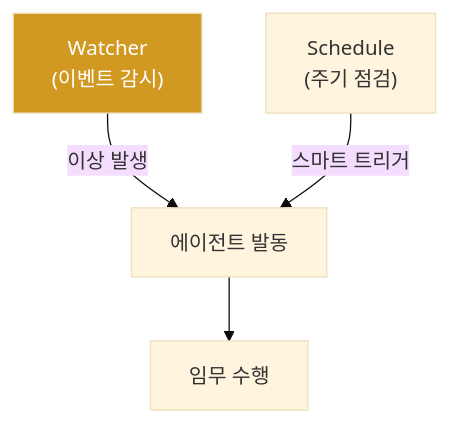
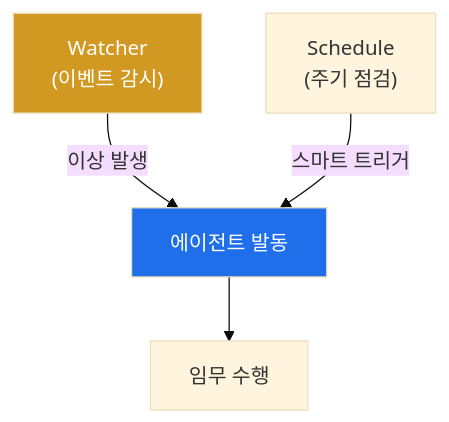
One commit to mrgrit/tw2 changed the diagram in contents/training/autonomous-security/lecture_week10.md. Above: the diagram before and after it, drawn with Mermaid (base theme). The commit also changed other lines of this file, not shown here.

First line of the commit message:
docs(autonomous-security): W10 강의 교재 보강 — Schedule·Watcher(스마트 트리거)

````diff
--- a/contents/training/autonomous-security/lecture_week10.md
+++ b/contents/training/autonomous-security/lecture_week10.md
@@ -55,7 +56,8 @@
 ```mermaid
 graph TD
-    W["Watcher<br/>(이벤트 감시)"] -->|이상 발생| A["에이전트 발동"]
-    S["Schedule<br/>(주기 점검)"] -->|스마트 트리거| A
+    W["Watcher<br/>(이벤트 감시)"] -->|"이상 발생"| A["에이전트 발동"]
+    S["Schedule<br/>(주기 점검)"] -->|"스마트 트리거"| A
     A --> T["임무 수행"]
     style W fill:#d29922,color:#fff
+    style A fill:#1f6feb,color:#fff
 ```
````
